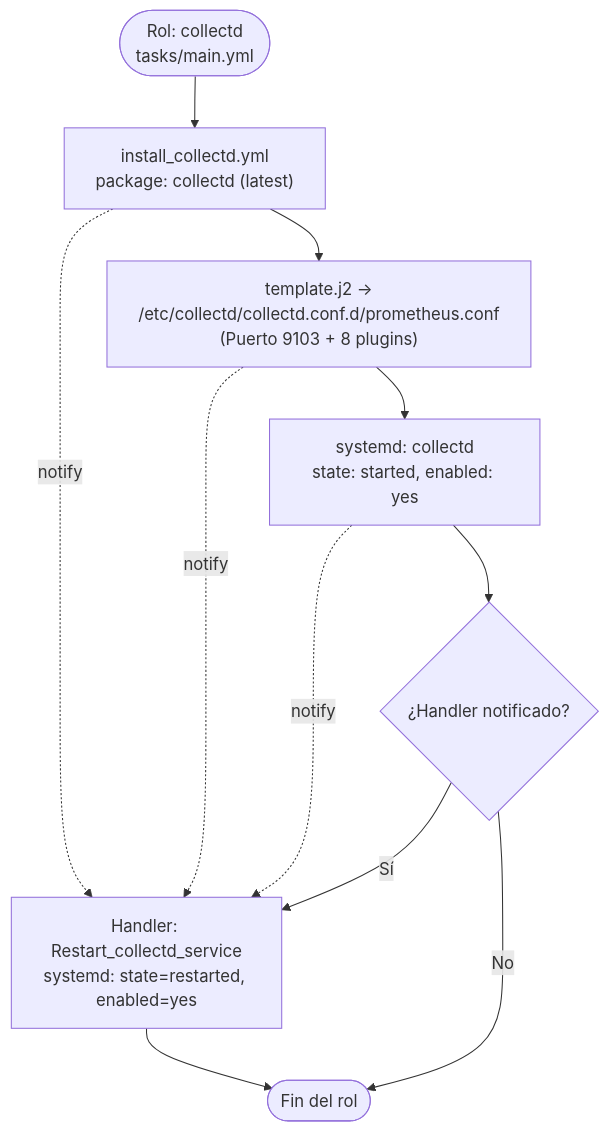
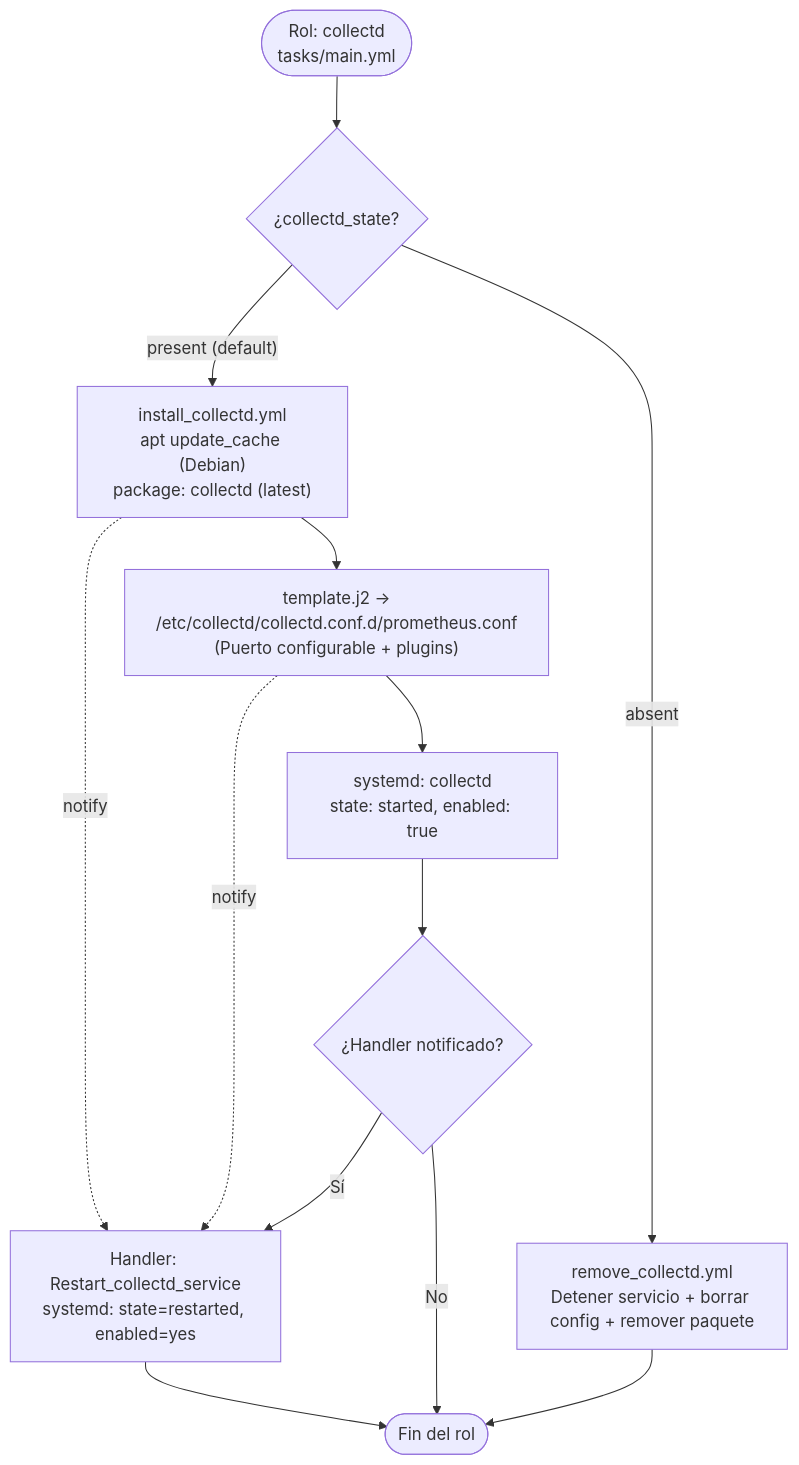
The diagram in collectd/README.md (Mici7120/ansible-sandbox), drawn with Mermaid before and after one commit. The commit also changed other lines of this file and 3 other files, not shown here.

Commit message:
docs: update documentation and diagrams after role fixes

````diff
--- a/collectd/README.md
+++ b/collectd/README.md
@@ -72,13 +78,16 @@
 ```mermaid
 flowchart TD
-    START(["Rol: collectd\ntasks/main.yml"]) --> T1["install_collectd.yml\npackage: collectd (latest)"]
+    START(["Rol: collectd\ntasks/main.yml"]) --> ST{"¿collectd_state?"}
+    ST -- "present (default)" --> T1["install_collectd.yml\napt update_cache (Debian)\npackage: collectd (latest)"]
     T1 -. "notify" .-> HND
-    T1 --> T2["template.j2 ->\n/etc/collectd/collectd.conf.d/prometheus.conf\n(Puerto 9103 + 8 plugins)"]
+    T1 --> T2["template.j2 ->\n/etc/collectd/collectd.conf.d/prometheus.conf\n(Puerto configurable + plugins)"]
     T2 -. "notify" .-> HND
-    T2 --> T3["systemd: collectd\nstate: started, enabled: yes"]
-    T3 -. "notify" .-> HND
+    T2 --> T3["systemd: collectd\nstate: started, enabled: true"]
     T3 --> CHK{"¿Handler notificado?"}
     CHK -- "Sí" --> HND["Handler: Restart_collectd_service\nsystemd: state=restarted, enabled=yes"]
     HND --> DONE(["Fin del rol"])
     CHK -- "No" --> DONE
+
+    ST -- "absent" --> R1["remove_collectd.yml\nDetener servicio + borrar config + remover paquete"]
+    R1 --> DONE
 ```
````
